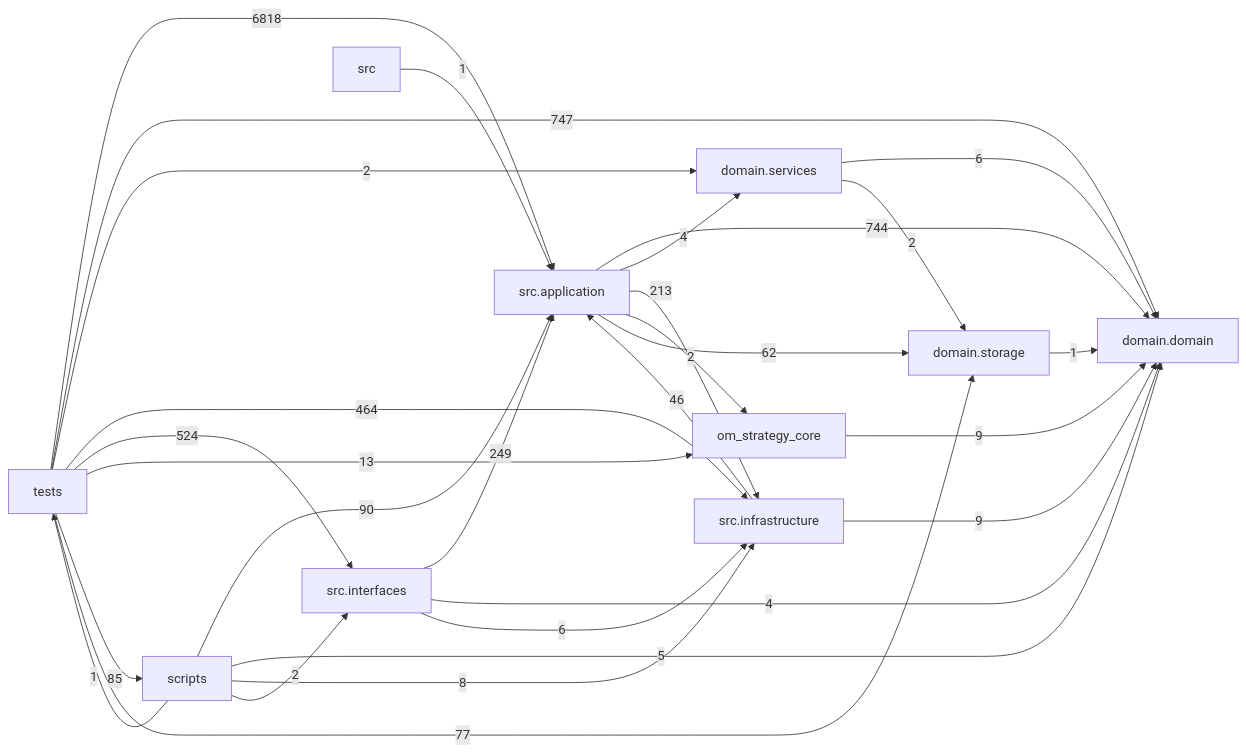
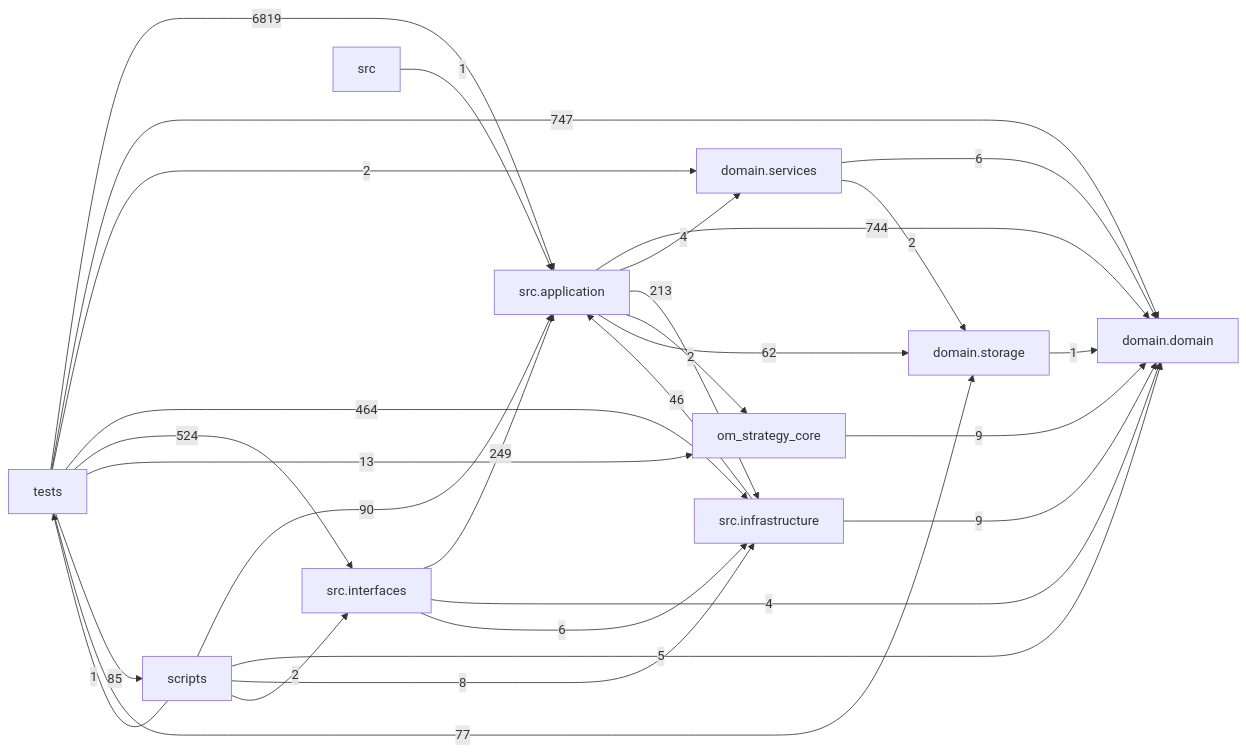
Before and after one commit to liuxie066/options-monitor: the diagram in docs/DEPENDENCY_GRAPH.md, drawn with Mermaid. The commit also changed other lines of this file and 3 other files, not shown here.

````diff
--- a/docs/DEPENDENCY_GRAPH.md
+++ b/docs/DEPENDENCY_GRAPH.md
@@ -24,39 +24,39 @@
 ```mermaid
 flowchart LR
   tests["tests"]
   scripts["scripts"]
   interfaces["src.interfaces"]
   application["src.application"]
   infrastructure["src.infrastructure"]
   domain_services["domain.services"]
   domain["domain.domain"]
   storage["domain.storage"]
   application -->|744| domain
   application -->|4| domain_services
   application -->|213| infrastructure
   application -->|2| om_strategy_core
   application -->|62| storage
   domain_services -->|6| domain
   domain_services -->|2| storage
   infrastructure -->|46| application
   infrastructure -->|9| domain
   interfaces -->|249| application
   interfaces -->|4| domain
   interfaces -->|6| infrastructure
   om_strategy_core -->|9| domain
   scripts -->|90| application
   scripts -->|5| domain
   scripts -->|8| infrastructure
   scripts -->|2| interfaces
   scripts -->|1| tests
   src -->|1| application
   storage -->|1| domain
-  tests -->|6818| application
+  tests -->|6819| application
   tests -->|747| domain
   tests -->|2| domain_services
   tests -->|464| infrastructure
   tests -->|524| interfaces
   tests -->|13| om_strategy_core
   tests -->|85| scripts
   tests -->|77| storage
 ```
````
